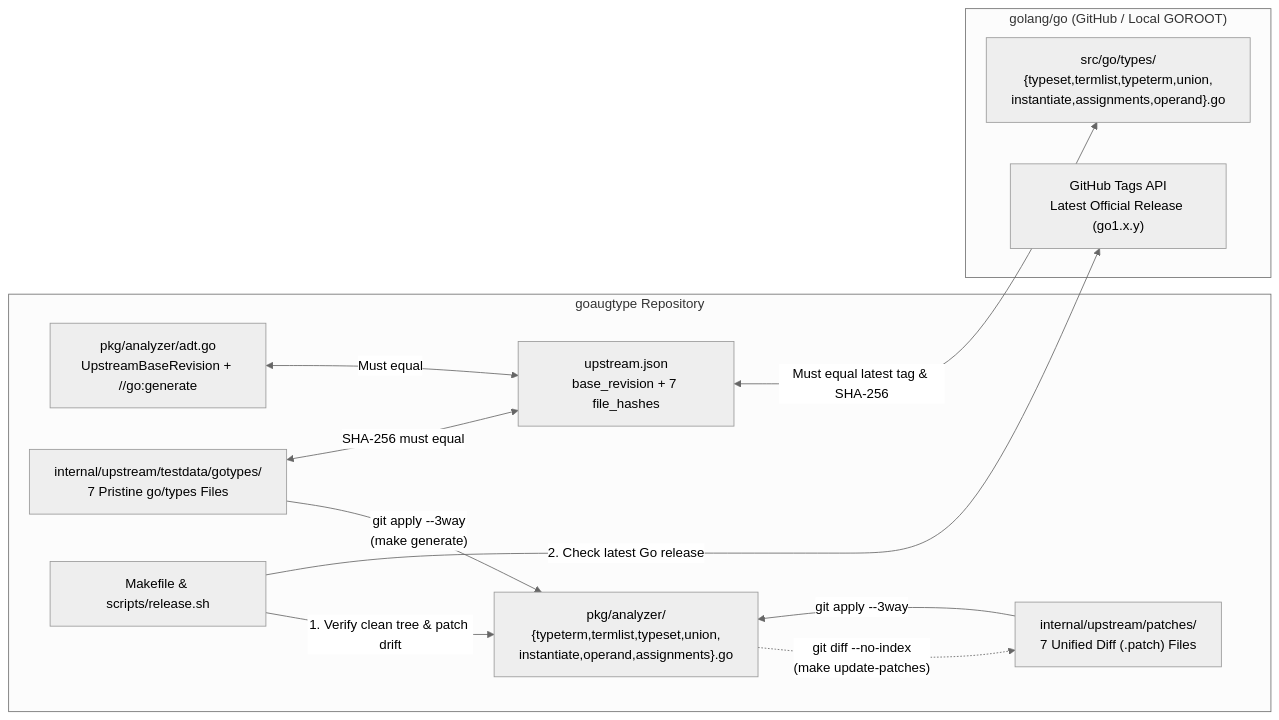
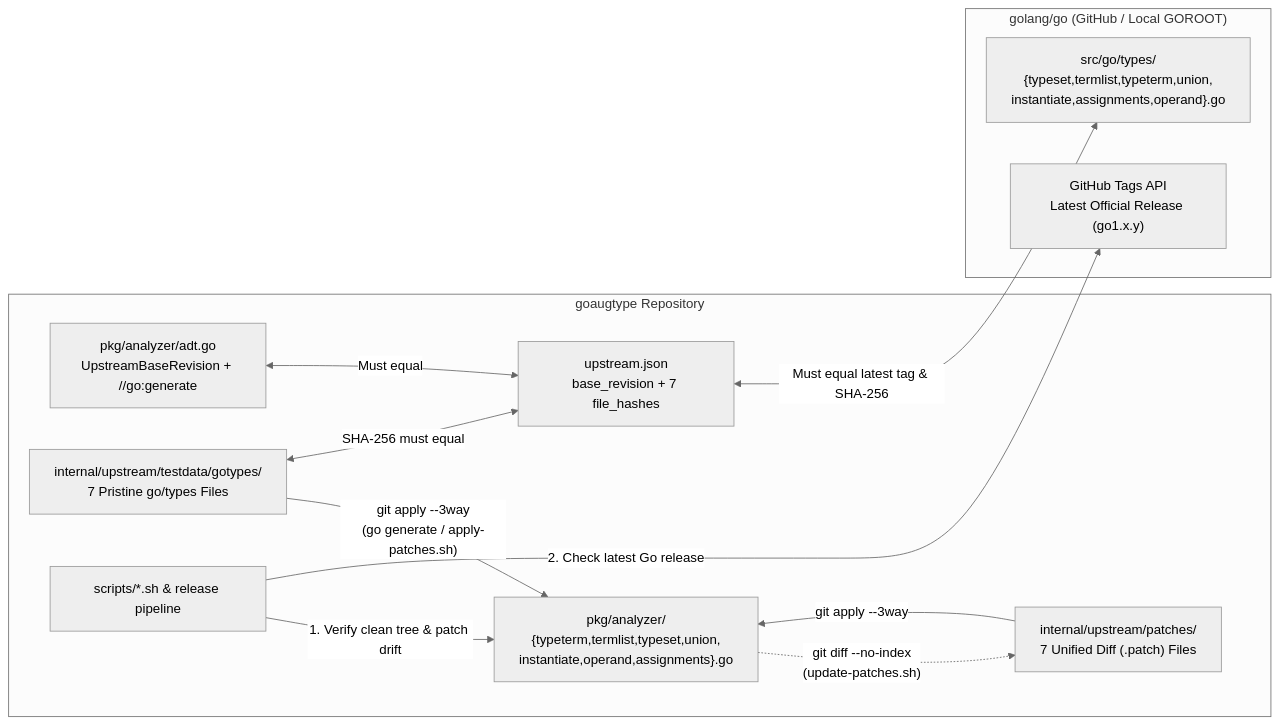
Before and after one commit to routis819/goaugtype: the seventh of 7 diagrams in docs/ARCHITECTURE.md, drawn with Mermaid (neutral theme). The commit also changed other lines of this file and 14 other files, not shown here.

Commit message:
docs,scripts: replace Makefile with scripts/ workflow and add bilingual README/CONTRIBUTING

````diff
--- a/docs/ARCHITECTURE.md
+++ b/docs/ARCHITECTURE.md
@@ -285,25 +285,25 @@
 ```mermaid
 flowchart LR
     subgraph Repo["goaugtype Repository"]
         AdtConst["pkg/analyzer/adt.go<br/>UpstreamBaseRevision + //go:generate"]
         Snapshots["internal/upstream/testdata/gotypes/<br/>7 Pristine go/types Files"]
         Patches["internal/upstream/patches/<br/>7 Unified Diff (.patch) Files"]
         Ported["pkg/analyzer/<br/>{typeterm,termlist,typeset,union,<br/>instantiate,operand,assignments}.go"]
         Config["upstream.json<br/>base_revision + 7 file_hashes"]
-        ReleaseSh["Makefile & scripts/release.sh"]
+        ReleaseSh["scripts/*.sh & release pipeline"]
     end
 
     subgraph Upstream["golang/go (GitHub / Local GOROOT)"]
         Tags["GitHub Tags API<br/>Latest Official Release (go1.x.y)"]
         Files["src/go/types/<br/>{typeset,termlist,typeterm,union,<br/>instantiate,assignments,operand}.go"]
     end
 
-    Snapshots -->|"git apply --3way<br/>(make generate)"| Ported
+    Snapshots -->|"git apply --3way<br/>(go generate / apply-patches.sh)"| Ported
     Patches -->|"git apply --3way"| Ported
-    Ported -. "git diff --no-index<br/>(make update-patches)" .-> Patches
+    Ported -. "git diff --no-index<br/>(update-patches.sh)" .-> Patches
     ReleaseSh -->|"1. Verify clean tree & patch drift"| Ported
     AdtConst <-->|"Must equal"| Config
     Snapshots <-->|"SHA-256 must equal"| Config
     Config <-->|"Must equal latest tag & SHA-256"| Files
     ReleaseSh -->|"2. Check latest Go release"| Tags
 ```
````
